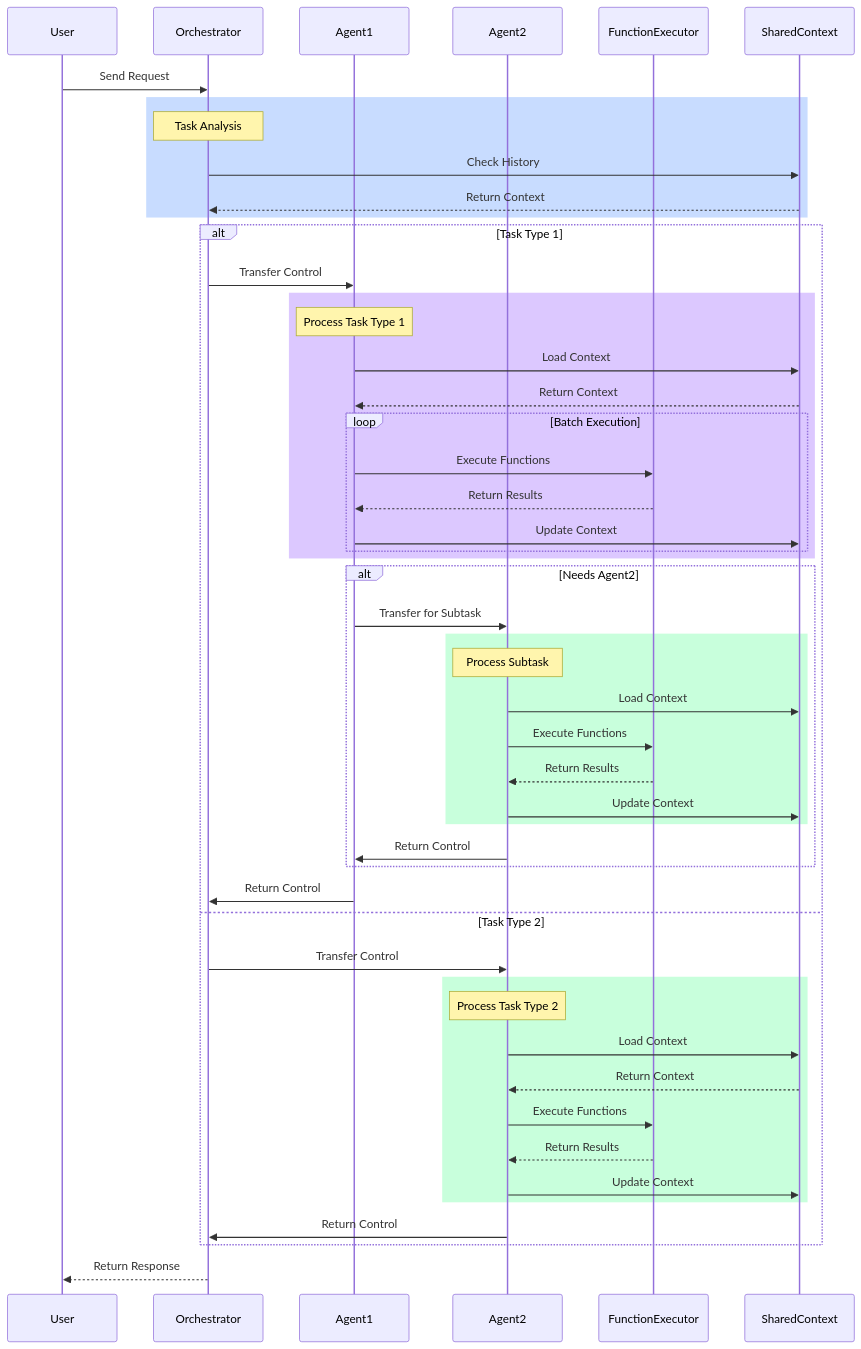
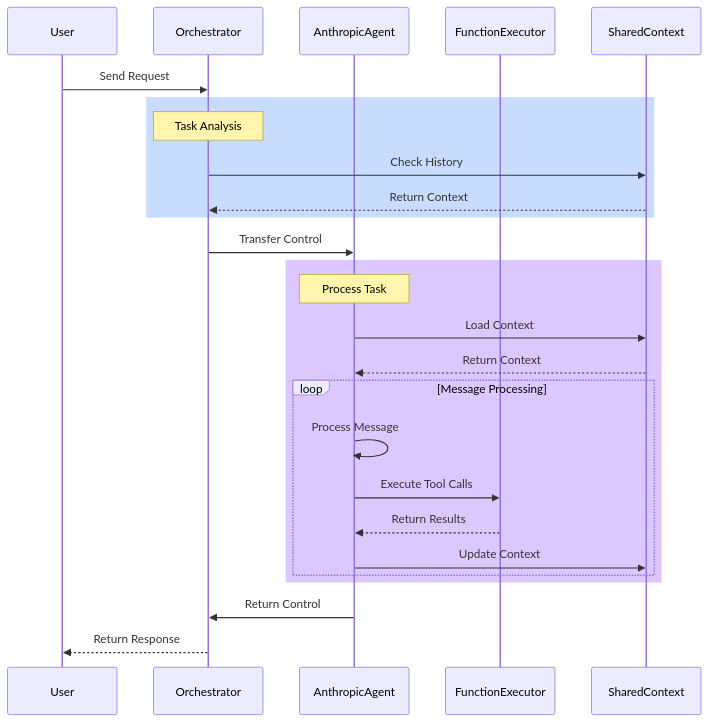
One commit to Zakk-Yang/smart-team changed the diagram in docs/agent_flow.md. Above: the diagram before and after it, drawn with Mermaid. The commit also changed other lines of this file and 6 other files, not shown here.

````diff
--- a/docs/agent_flow.md
+++ b/docs/agent_flow.md
@@ -3,64 +3,34 @@
 ```mermaid
 sequenceDiagram
     participant User
     participant Orchestrator
-    participant Agent1
-    participant Agent2
+    participant AnthropicAgent
     participant FunctionExecutor
     participant SharedContext
 
     User->>Orchestrator: Send Request
     
     rect rgb(200, 220, 255)
         Note over Orchestrator: Task Analysis
         Orchestrator->>SharedContext: Check History
         SharedContext-->>Orchestrator: Return Context
     end
 
-    alt Task Type 1
-        Orchestrator->>Agent1: Transfer Control
+    Orchestrator->>AnthropicAgent: Transfer Control
+    
+    rect rgb(220, 200, 255)
+        Note over AnthropicAgent: Process Task
+        AnthropicAgent->>SharedContext: Load Context
+        SharedContext-->>AnthropicAgent: Return Context
         
-        rect rgb(220, 200, 255)
-            Note over Agent1: Process Task Type 1
-            Agent1->>SharedContext: Load Context
-            SharedContext-->>Agent1: Return Context
-            
-            loop Batch Execution
-                Agent1->>FunctionExecutor: Execute Functions
-                FunctionExecutor-->>Agent1: Return Results
-                Agent1->>SharedContext: Update Context
-            end
+        loop Message Processing
+            AnthropicAgent->>AnthropicAgent: Process Message
+            AnthropicAgent->>FunctionExecutor: Execute Tool Calls
+            FunctionExecutor-->>AnthropicAgent: Return Results
+            AnthropicAgent->>SharedContext: Update Context
         end
-        
-        alt Needs Agent2
-            Agent1->>Agent2: Transfer for Subtask
-            
-            rect rgb(200, 255, 220)
-                Note over Agent2: Process Subtask
-                Agent2->>SharedContext: Load Context
-                Agent2->>FunctionExecutor: Execute Functions
-                FunctionExecutor-->>Agent2: Return Results
-                Agent2->>SharedContext: Update Context
-            end
-            
-            Agent2->>Agent1: Return Control
-        end
-        
-        Agent1->>Orchestrator: Return Control
-    else Task Type 2
-        Orchestrator->>Agent2: Transfer Control
-        
-        rect rgb(200, 255, 220)
-            Note over Agent2: Process Task Type 2
-            Agent2->>SharedContext: Load Context
-            SharedContext-->>Agent2: Return Context
-            Agent2->>FunctionExecutor: Execute Functions
-            FunctionExecutor-->>Agent2: Return Results
-            Agent2->>SharedContext: Update Context
-        end
-        
-        Agent2->>Orchestrator: Return Control
     end
-
+    
+    AnthropicAgent->>Orchestrator: Return Control
     Orchestrator-->>User: Return Response
 ```
````
